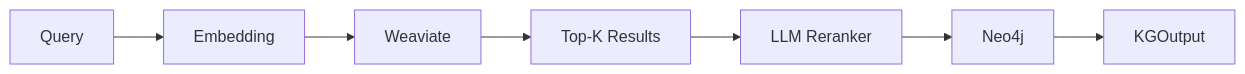
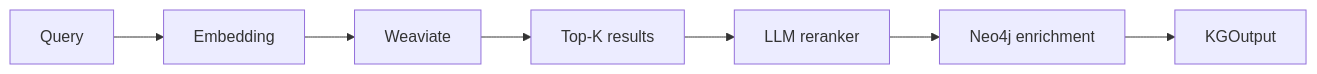
One commit to Leeroo-AI/kapso changed the first of 2 diagrams in docs/knowledge/search-backends.mdx. Above: the diagram before and after it, drawn with Mermaid. The commit also changed other lines of this file and 3 other files, not shown here.

````diff
--- a/docs/knowledge/search-backends.mdx
+++ b/docs/knowledge/search-backends.mdx
@@ -23,9 +23,9 @@
 ```mermaid
 flowchart LR
     Q[Query] --> E[Embedding]
     E --> W[Weaviate]
-    W --> R[Top-K Results]
-    R --> L[LLM Reranker]
-    L --> N[Neo4j]
+    W --> R[Top-K results]
+    R --> L[LLM reranker]
+    L --> N[Neo4j enrichment]
     N --> O[KGOutput]
 ```
````
